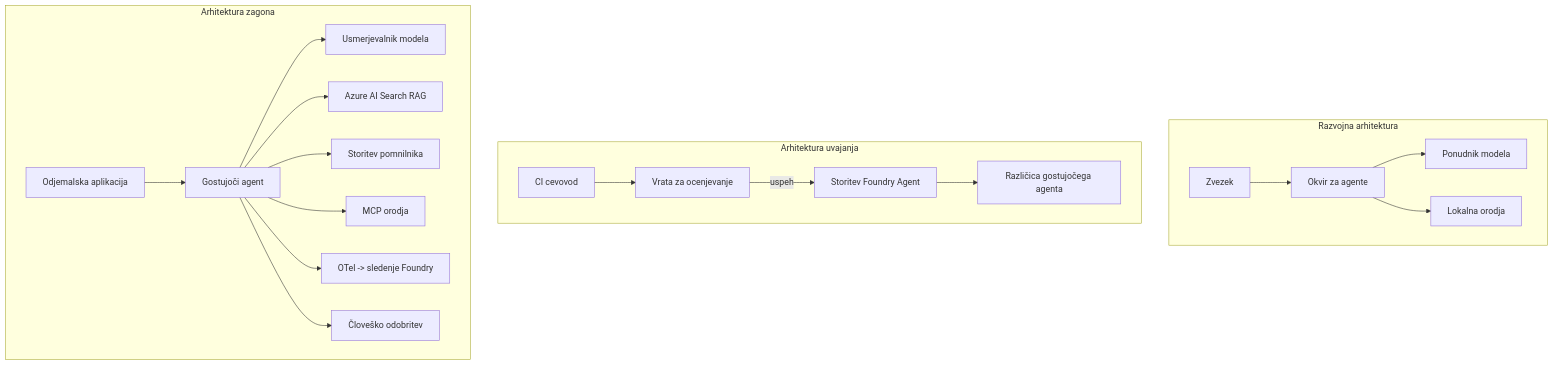
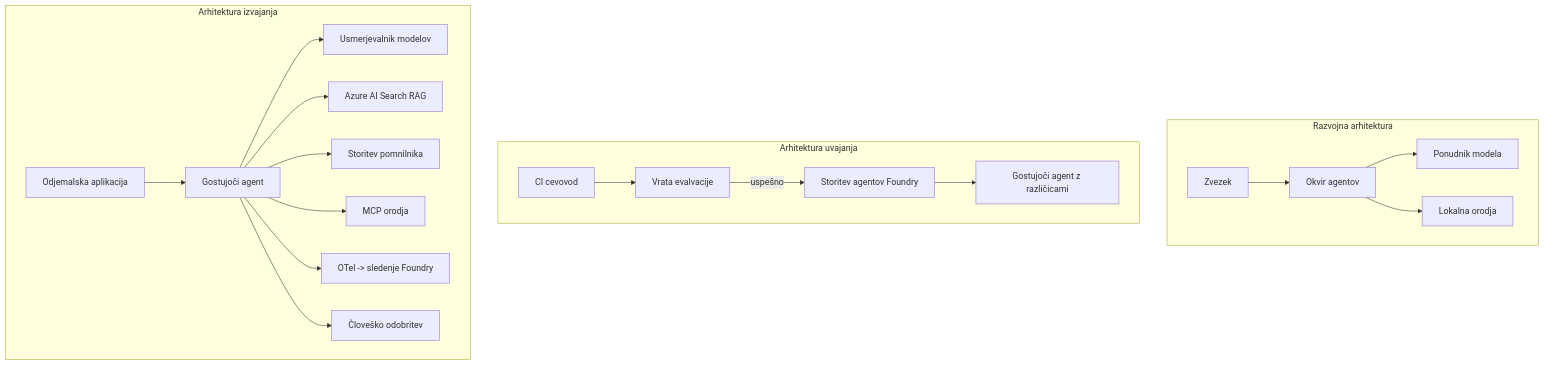
One commit to microsoft/ai-agents-for-beginners changed the fourth of 4 diagrams in translations/sl/16-deploying-scalable-agents/README.md. Above: the diagram before and after it, drawn with Mermaid. The commit also changed other lines of this file and 47 other files, not shown here.

````diff
--- a/translations/sl/16-deploying-scalable-agents/README.md
+++ b/translations/sl/16-deploying-scalable-agents/README.md
@@ -185,22 +185,22 @@
 ```mermaid
 flowchart TB
     subgraph Dev[Razvojna arhitektura]
-        D1[Zvezek] --> D2[Okvir za agente]
+        D1[Zvezek] --> D2[Okvir agentov]
         D2 --> D3[Ponudnik modela]
         D2 --> D4[Lokalna orodja]
     end
     subgraph Deploy[Arhitektura uvajanja]
-        E1[CI cevovod] --> E2[Vrata za ocenjevanje]
-        E2 -->|uspeh| E3[Storitev Foundry Agent]
-        E3 --> E4[Različica gostujočega agenta]
+        E1[CI cevovod] --> E2[Vrata evalvacije]
+        E2 -->|uspešno| E3[Storitev agentov Foundry]
+        E3 --> E4[Gostujoči agent z različicami]
     end
-    subgraph Run[Arhitektura zagona]
+    subgraph Run[Arhitektura izvajanja]
         F1[Odjemalska aplikacija] --> F2[Gostujoči agent]
-        F2 --> F3[Usmerjevalnik modela]
+        F2 --> F3[Usmerjevalnik modelov]
         F2 --> F4[Azure AI Search RAG]
         F2 --> F5[Storitev pomnilnika]
         F2 --> F6[MCP orodja]
         F2 --> F7[OTel -> sledenje Foundry]
         F2 --> F8[Človeško odobritev]
     end
 ```
````
